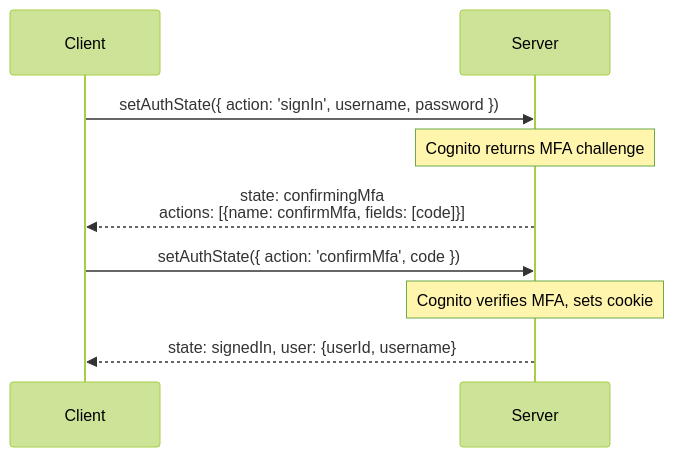
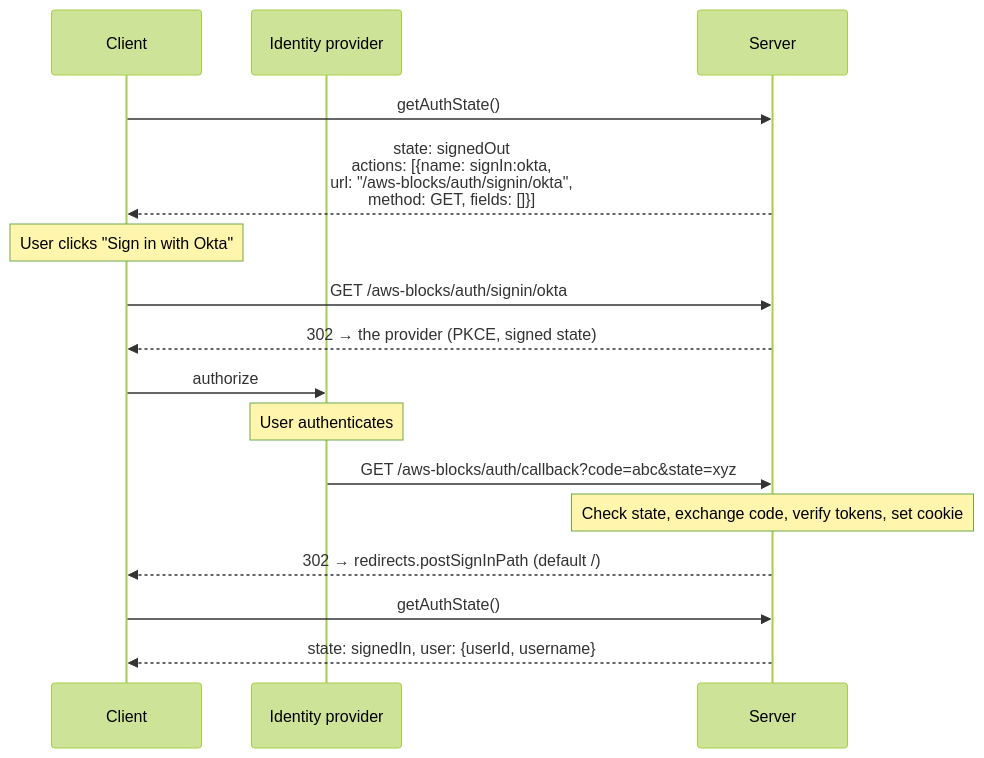
One commit to aws-devtools-labs/aws-blocks changed the sixth of 7 diagrams in packages/auth-common/DESIGN.md. Above: the diagram before and after it, drawn with Mermaid (forest theme). The commit also changed other lines of this file and 36 other files, not shown here.

First line of the commit message:
docs: remove the AuthCognito admin design docs and refresh stale auth wording

````diff
--- a/packages/auth-common/DESIGN.md
+++ b/packages/auth-common/DESIGN.md
@@ -151,13 +129,23 @@
 ```mermaid
 sequenceDiagram
 	participant C as Client
+	participant P as Identity provider
 	participant S as Server
 
-	C->>S: setAuthState({ action: 'signIn', username, password })
-	Note over S: Cognito returns MFA challenge
-	S-->>C: state: confirmingMfa<br/>actions: [{name: confirmMfa, fields: [code]}]
+	C->>S: getAuthState()
+	S-->>C: state: signedOut<br/>actions: [{name: signIn:okta,<br/>url: "/aws-blocks/auth/signin/okta",<br/>method: GET, fields: []}]
 
-	C->>S: setAuthState({ action: 'confirmMfa', code })
-	Note over S: Cognito verifies MFA, sets cookie
+	Note over C: User clicks "Sign in with Okta"
+	C->>S: GET /aws-blocks/auth/signin/okta
+	S-->>C: 302 → the provider (PKCE, signed state)
+	C->>P: authorize
+
+	Note over P: User authenticates
+
+	P->>S: GET /aws-blocks/auth/callback?code=abc&state=xyz
+	Note over S: Check state, exchange code, verify tokens, set cookie
+	S-->>C: 302 → redirects.postSignInPath (default /)
+
+	C->>S: getAuthState()
 	S-->>C: state: signedIn, user: {userId, username}
 ```
````
